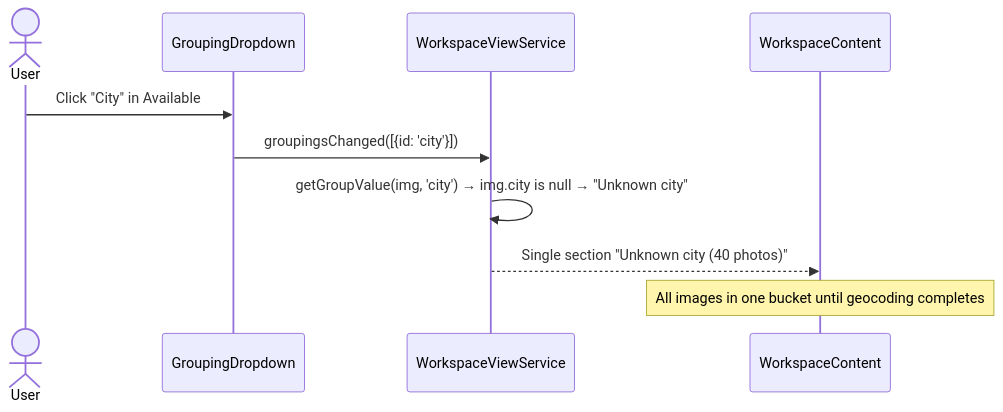
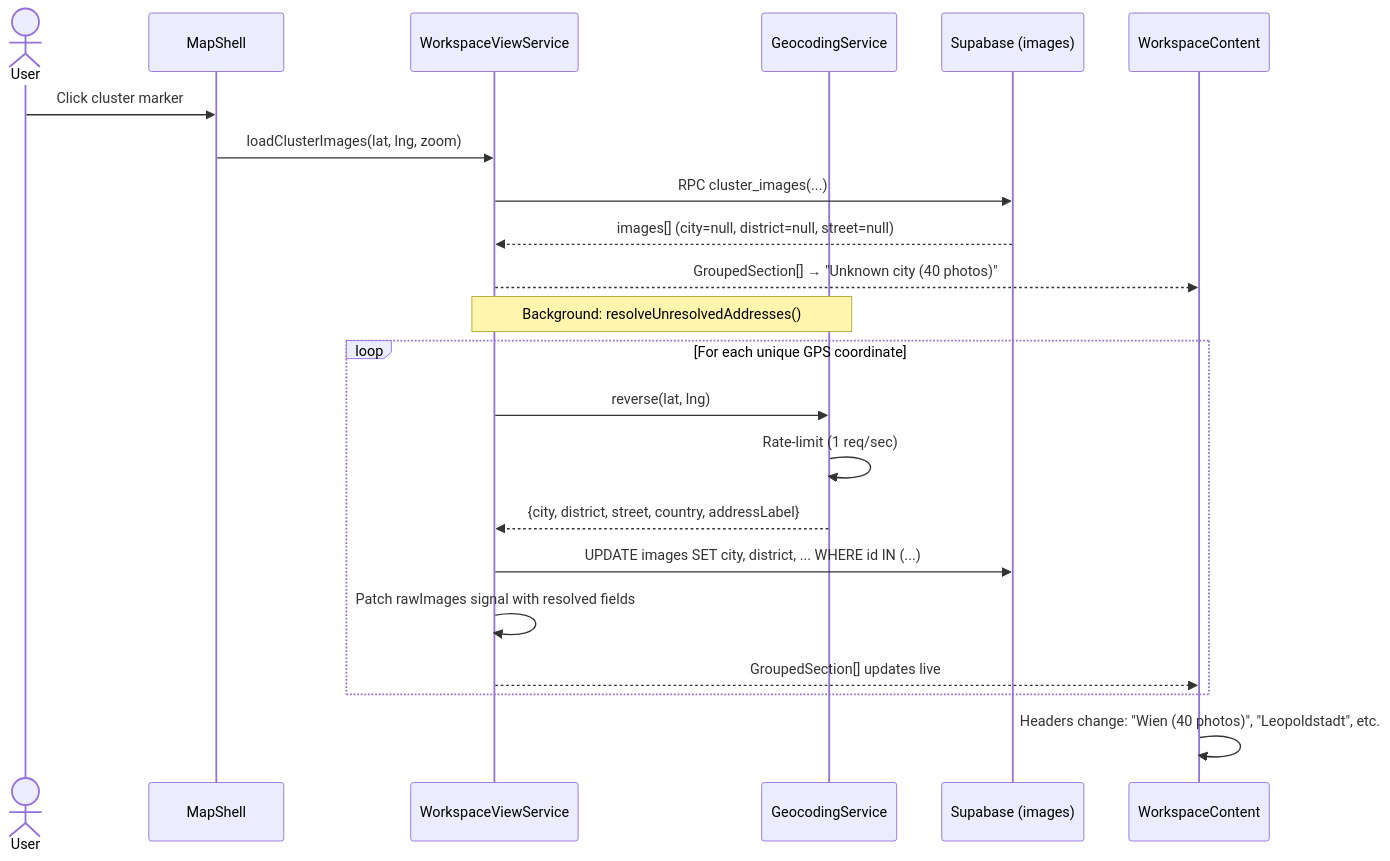
Before and after one commit to matkleve/feldpost: the ninth of 13 diagrams in docs/use-cases/photo-grouping-data.md, drawn with Mermaid. The commit also changed other lines of this file and 6 other files, not shown here.

Commit message:
feat: implement GeocodingService for reverse geocoding in UploadService and WorkspaceViewService, enhance documentation

````diff
--- a/docs/use-cases/photo-grouping-data.md
+++ b/docs/use-cases/photo-grouping-data.md
@@ -215,13 +249,26 @@
 ```mermaid
 sequenceDiagram
     actor User
-    participant GroupDD as GroupingDropdown
+    participant Map as MapShell
     participant WVS as WorkspaceViewService
+    participant Geo as GeocodingService
+    participant DB as Supabase (images)
     participant Content as WorkspaceContent
 
-    User->>GroupDD: Click "City" in Available
-    GroupDD->>WVS: groupingsChanged([{id: 'city'}])
-    WVS->>WVS: getGroupValue(img, 'city') → img.city is null → "Unknown city"
-    WVS-->>Content: Single section "Unknown city (40 photos)"
-    Note over Content: All images in one bucket until geocoding completes
+    User->>Map: Click cluster marker
+    Map->>WVS: loadClusterImages(lat, lng, zoom)
+    WVS->>DB: RPC cluster_images(...)
+    DB-->>WVS: images[] (city=null, district=null, street=null)
+    WVS-->>Content: GroupedSection[] → "Unknown city (40 photos)"
+
+    Note over WVS,Geo: Background: resolveUnresolvedAddresses()
+    loop For each unique GPS coordinate
+        WVS->>Geo: reverse(lat, lng)
+        Geo->>Geo: Rate-limit (1 req/sec)
+        Geo-->>WVS: {city, district, street, country, addressLabel}
+        WVS->>DB: UPDATE images SET city, district, ... WHERE id IN (...)
+        WVS->>WVS: Patch rawImages signal with resolved fields
+        WVS-->>Content: GroupedSection[] updates live
+    end
+    Content->>Content: Headers change: "Wien (40 photos)", "Leopoldstadt", etc.
 ```
````
